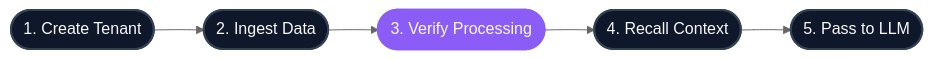
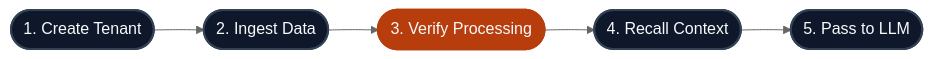
One commit to hydra-db/mintlify-docs changed the first of 2 diagrams in get-started/quickstart.mdx. Above: the diagram before and after it, drawn with Mermaid (neutral theme). The commit also changed other lines of this file and 13 other files, not shown here.

````diff
--- a/get-started/quickstart.mdx
+++ b/get-started/quickstart.mdx
@@ -10,13 +10,13 @@
 ```mermaid
 flowchart LR
   A([1. Create Tenant]) --> B([2. Ingest Data])
   B --> C([3. Verify Processing])
   C --> D([4. Recall Context])
   D --> E([5. Pass to LLM])
 
   style A fill:#0f172a,stroke:#334155,stroke-width:2px,color:#f8fafc,stroke-linecap:round
   style B fill:#0f172a,stroke:#334155,stroke-width:2px,color:#f8fafc,stroke-linecap:round
-  style C fill:#8b5cf6,stroke:#8b5cf6,stroke-width:2.5px,color:#f8fafc,stroke-linecap:round
+  style C fill:#b83d0d,stroke:#b83d0d,stroke-width:2.5px,color:#f8fafc,stroke-linecap:round
   style D fill:#0f172a,stroke:#334155,stroke-width:2px,color:#f8fafc,stroke-linecap:round
   style E fill:#0f172a,stroke:#334155,stroke-width:2px,color:#f8fafc,stroke-linecap:round
 ```
````
